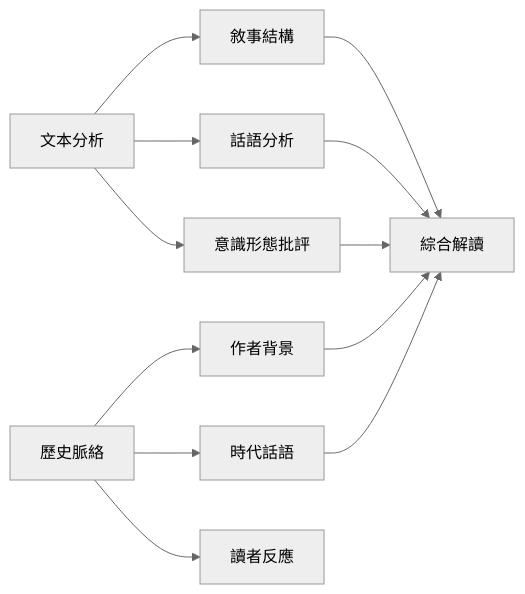
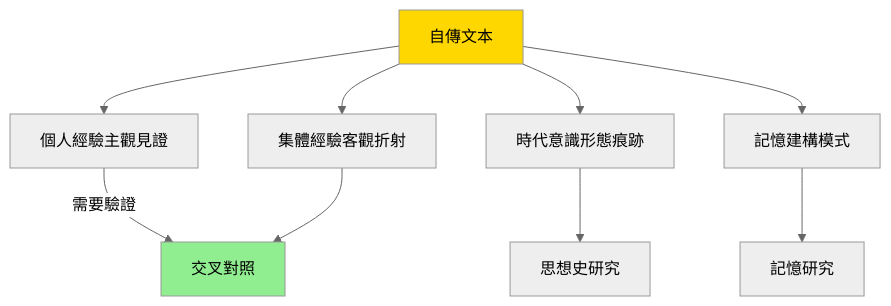
Before and after one commit to yip-lgtm/HKU-Harvard-History-Self-Study: the third of 6 diagrams in 01_HKU_Courses/HIST2070_Stories_of_Self.md, drawn with Mermaid (neutral theme). The commit also changed other lines of this file and 65 other files, not shown here.

````diff
--- a/01_HKU_Courses/HIST2070_Stories_of_Self.md
+++ b/01_HKU_Courses/HIST2070_Stories_of_Self.md
@@ -113,16 +173,13 @@
 ```mermaid
-flowchart LR
-    A[文本分析] --> B[敘事結構]
-    A --> C[話語分析]
-    A --> D[意識形態批評]
-    
-    E[歷史脈絡] --> F[作者背景]
-    E --> G[時代話語]
-    E --> H[讀者反應]
-    
-    B --> I[綜合解讀]
-    C --> I
-    D --> I
-    F --> I
-    G --> I
+graph TD
+    A["自傳文本"] --> B["個人經驗主觀見證"]
+    A --> C["集體經驗客觀折射"]
+    A --> D["時代意識形態痕跡"]
+    A --> E["記憶建構模式"]
+    B -->|"需要驗證"| F["交叉對照"]
+    C --> F
+    D --> G["思想史研究"]
+    E --> H["記憶研究"]
+    style A fill:#FFD700
+    style F fill:#90EE90
 ```
````
